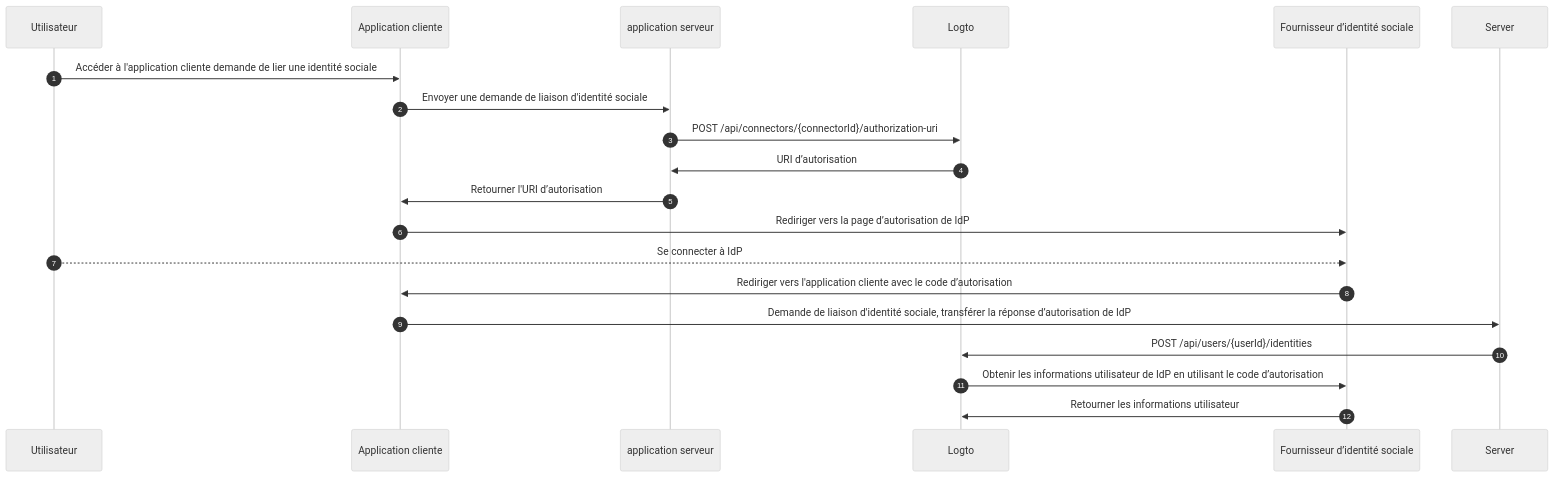
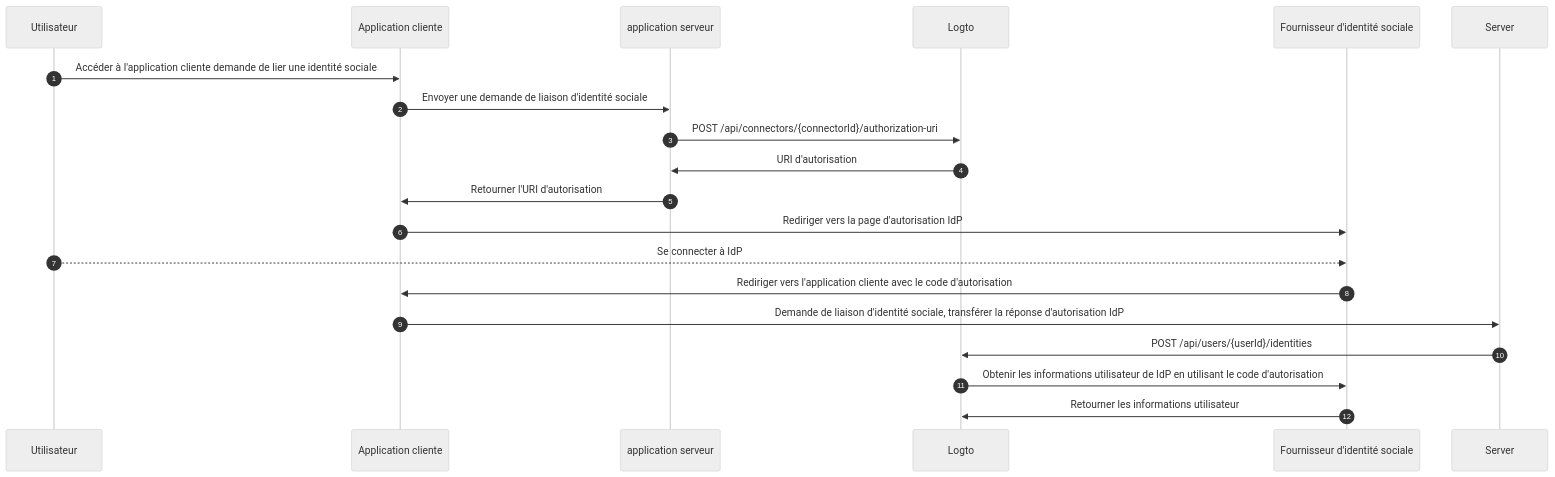
The third of 3 diagrams in i18n/fr/docusaurus-plugin-content-docs/current/end-user-flows/account-settings/by-management-api.mdx (logto-io/docs), drawn with Mermaid (neutral theme) before and after one commit. The commit also changed other lines of this file and 174 other files, not shown here.

````diff
--- a/i18n/fr/docusaurus-plugin-content-docs/current/end-user-flows/account-settings/by-management-api.mdx
+++ b/i18n/fr/docusaurus-plugin-content-docs/current/end-user-flows/account-settings/by-management-api.mdx
@@ -120,22 +120,22 @@
 ```mermaid
 sequenceDiagram
     autoNumber
     participant User as Utilisateur
     participant Client as Application cliente
     participant App as application serveur
     participant Logto as Logto
-    participant IdP as Fournisseur d’identité sociale
+    participant IdP as Fournisseur d'identité sociale
 
     User ->> Client: Accéder à l'application cliente demande de lier une identité sociale
     Client ->> App: Envoyer une demande de liaison d'identité sociale
     App ->> Logto: POST /api/connectors/{connectorId}/authorization-uri
-    Logto ->> App: URI d’autorisation
-    App ->> Client: Retourner l'URI d’autorisation
-    Client ->> IdP: Rediriger vers la page d’autorisation de IdP
+    Logto ->> App: URI d'autorisation
+    App ->> Client: Retourner l'URI d'autorisation
+    Client ->> IdP: Rediriger vers la page d'autorisation IdP
     User -->> IdP: Se connecter à IdP
-    IdP ->> Client: Rediriger vers l'application cliente avec le code d’autorisation
-    Client ->> Server: Demande de liaison d'identité sociale, transférer la réponse d’autorisation de IdP
+    IdP ->> Client: Rediriger vers l'application cliente avec le code d'autorisation
+    Client ->> Server: Demande de liaison d'identité sociale, transférer la réponse d'autorisation IdP
     Server ->> Logto: POST /api/users/{userId}/identities
-    Logto ->> IdP: Obtenir les informations utilisateur de IdP en utilisant le code d’autorisation
+    Logto ->> IdP: Obtenir les informations utilisateur de IdP en utilisant le code d'autorisation
     IdP ->> Logto: Retourner les informations utilisateur
 ```
````
